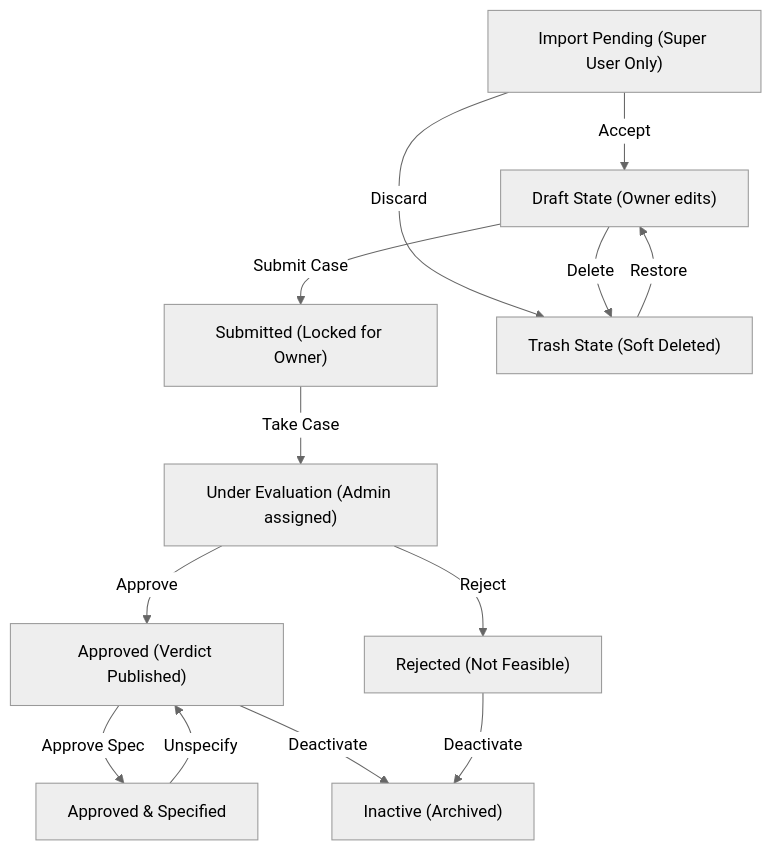
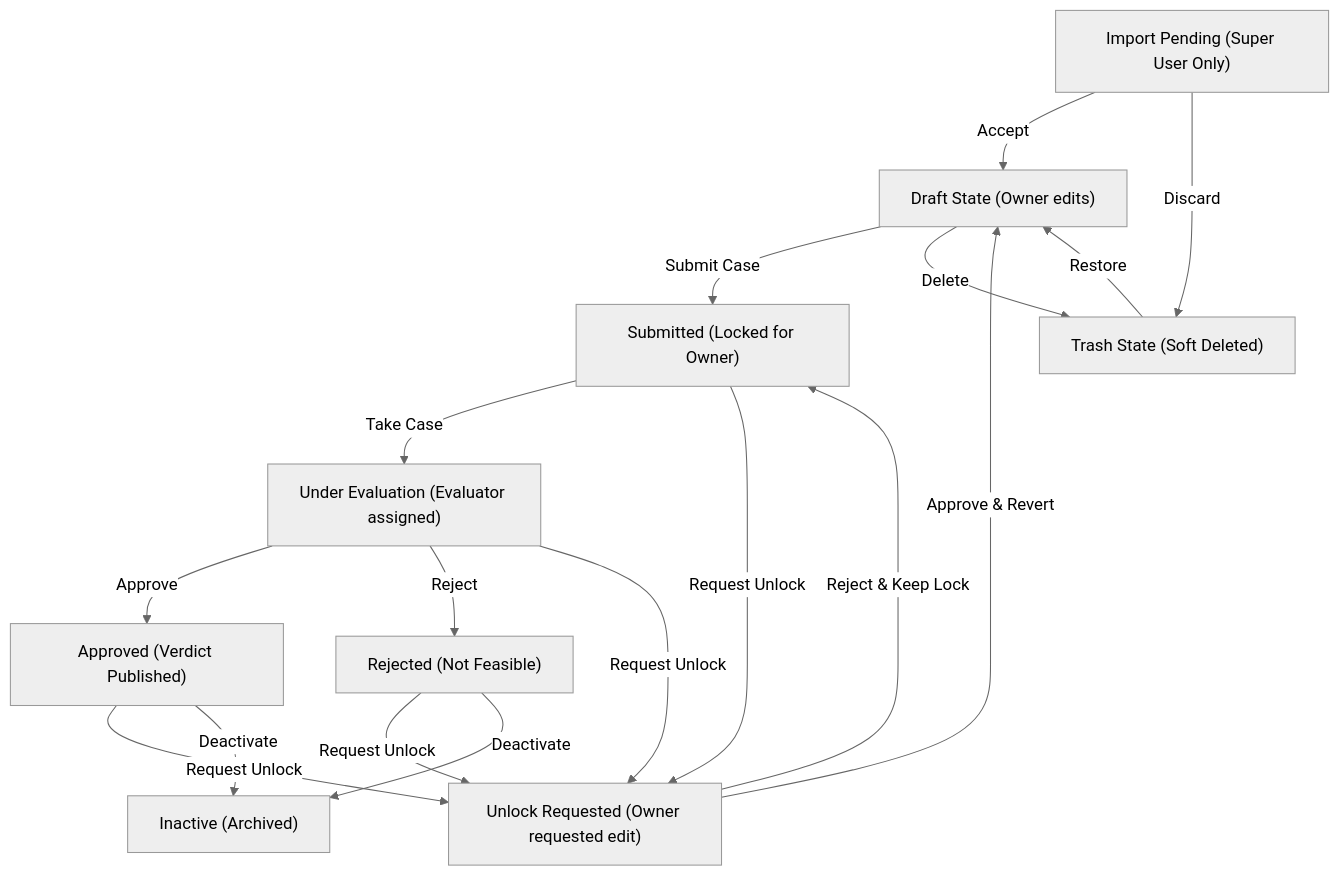
One commit to scape-solutions/AI---Scape-smart-data-capture- changed the diagram in docs/USER_MANUAL.md. Above: the diagram before and after it, drawn with Mermaid (neutral theme). The commit also changed other lines of this file and 52 other files, not shown here.

````diff
--- a/docs/USER_MANUAL.md
+++ b/docs/USER_MANUAL.md
@@ -69,30 +69,36 @@
 ```mermaid
 graph TD
     %% States
     Draft["Draft State (Owner edits)"]
     Submitted["Submitted (Locked for Owner)"]
     Staged["Import Pending (Super User Only)"]
-    Reviewing["Under Evaluation (Admin assigned)"]
+    Reviewing["Under Evaluation (Evaluator assigned)"]
     Approved["Approved (Verdict Published)"]
     Rejected["Rejected (Not Feasible)"]
     Inactive["Inactive (Archived)"]
     Trash["Trash State (Soft Deleted)"]
+    UnlockRequested["Unlock Requested (Owner requested edit)"]
     
     %% Transitions
     Staged -- "Accept" --> Draft
     Staged -- "Discard" --> Trash
     Draft -- "Submit Case" --> Submitted
     Submitted -- "Take Case" --> Reviewing
     Reviewing -- "Approve" --> Approved
     Reviewing -- "Reject" --> Rejected
     
-    %% Action Toggles
-    Approved -- "Approve Spec" --> ApprovedFully["Approved & Specified"]
-    ApprovedFully -- "Unspecify" --> Approved
+    %% Unlock Requests
+    Submitted -- "Request Unlock" --> UnlockRequested
+    Reviewing -- "Request Unlock" --> UnlockRequested
+    Approved -- "Request Unlock" --> UnlockRequested
+    Rejected -- "Request Unlock" --> UnlockRequested
+    
+    UnlockRequested -- "Approve & Revert" --> Draft
+    UnlockRequested -- "Reject & Keep Lock" --> Submitted
     
     %% Archiving & Trash
     Approved -- "Deactivate" --> Inactive
     Rejected -- "Deactivate" --> Inactive
     Draft -- "Delete" --> Trash
     Trash -- "Restore" --> Draft
 ```
````
